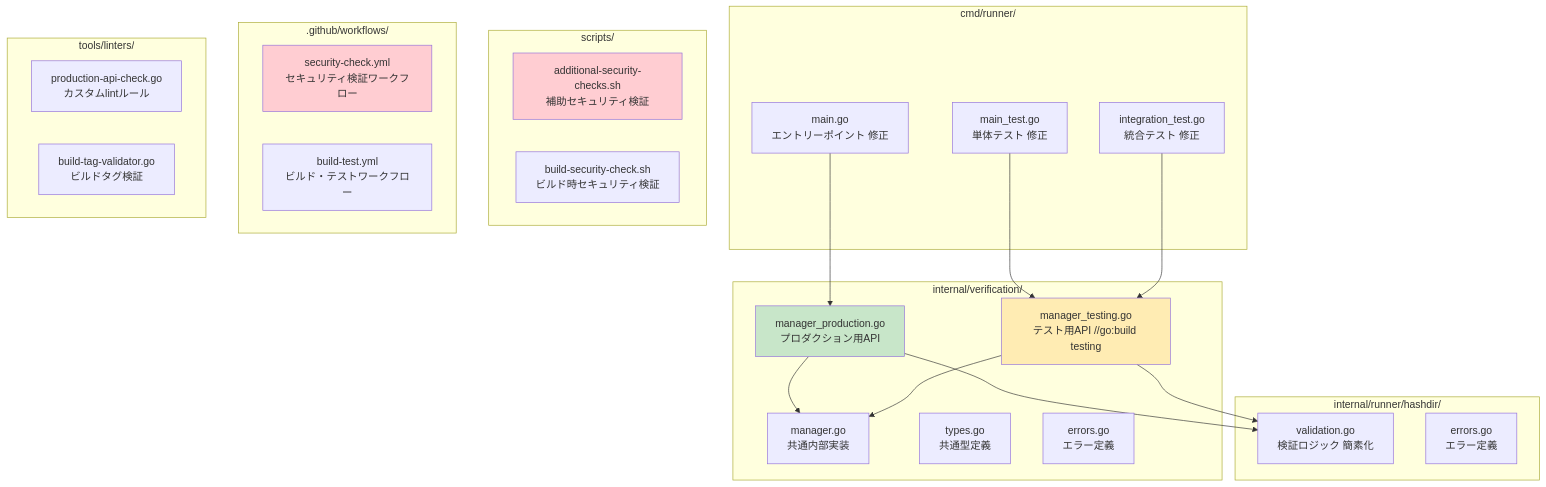
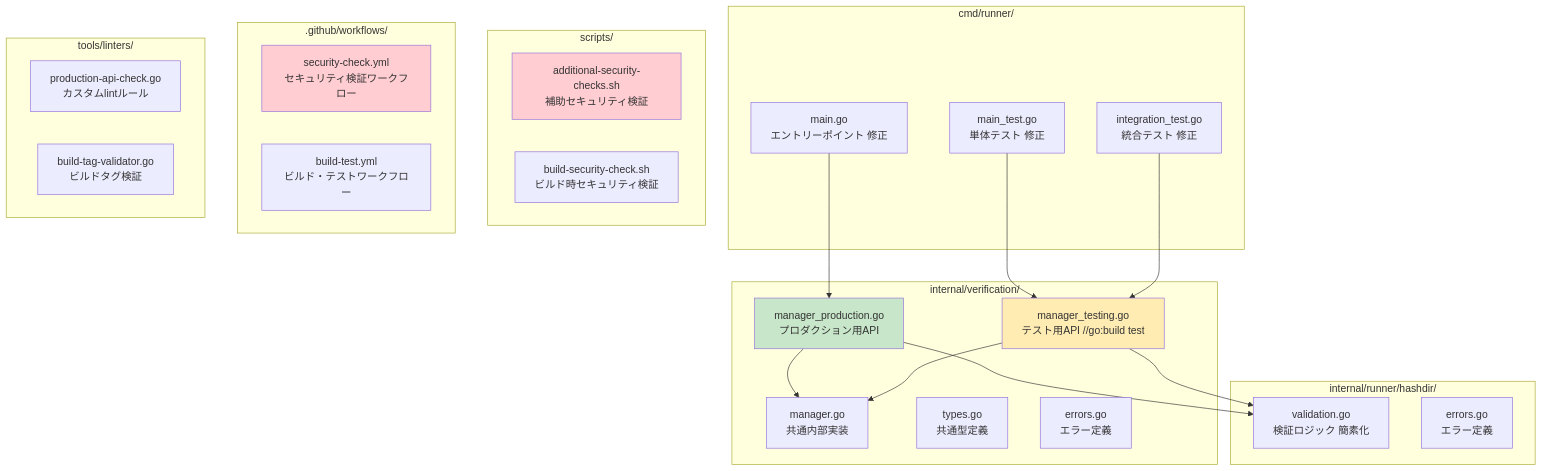
Before and after one commit to isseis/go-safe-cmd-runner: the diagram in docs/tasks/0022_hash_directory_security_enhancement/03_specification.md, drawn with Mermaid. The commit also changed other lines of this file and 2 other files, not shown here.

Commit message:
doc: change build tag name for test: testing -> test

````diff
--- a/docs/tasks/0022_hash_directory_security_enhancement/03_specification.md
+++ b/docs/tasks/0022_hash_directory_security_enhancement/03_specification.md
@@ -9,49 +9,49 @@
 ```mermaid
 graph TD
     subgraph "internal/verification/"
         A[manager.go<br/>共通内部実装]
         B[manager_production.go<br/>プロダクション用API]
-        C[manager_testing.go<br/>テスト用API //go:build testing]
+        C[manager_testing.go<br/>テスト用API //go:build test]
         D[types.go<br/>共通型定義]
         E[errors.go<br/>エラー定義]
     end
 
     subgraph "cmd/runner/"
         F[main.go<br/>エントリーポイント 修正]
         G[main_test.go<br/>単体テスト 修正]
         H[integration_test.go<br/>統合テスト 修正]
     end
 
     subgraph "internal/runner/hashdir/"
         I[validation.go<br/>検証ロジック 簡素化]
         J[errors.go<br/>エラー定義]
     end
 
     subgraph "scripts/"
         K[additional-security-checks.sh<br/>補助セキュリティ検証]
         L[build-security-check.sh<br/>ビルド時セキュリティ検証]
     end
 
     subgraph ".github/workflows/"
         M[security-check.yml<br/>セキュリティ検証ワークフロー]
         N[build-test.yml<br/>ビルド・テストワークフロー]
     end
 
     subgraph "tools/linters/"
         O[production-api-check.go<br/>カスタムlintルール]
         P[build-tag-validator.go<br/>ビルドタグ検証]
     end
 
     B --> A
     C --> A
     F --> B
     G --> C
     H --> C
     B --> I
     C --> I
 
     style B fill:#c8e6c9
     style C fill:#ffecb3
     style K fill:#ffcdd2
     style M fill:#ffcdd2
 ```
````
